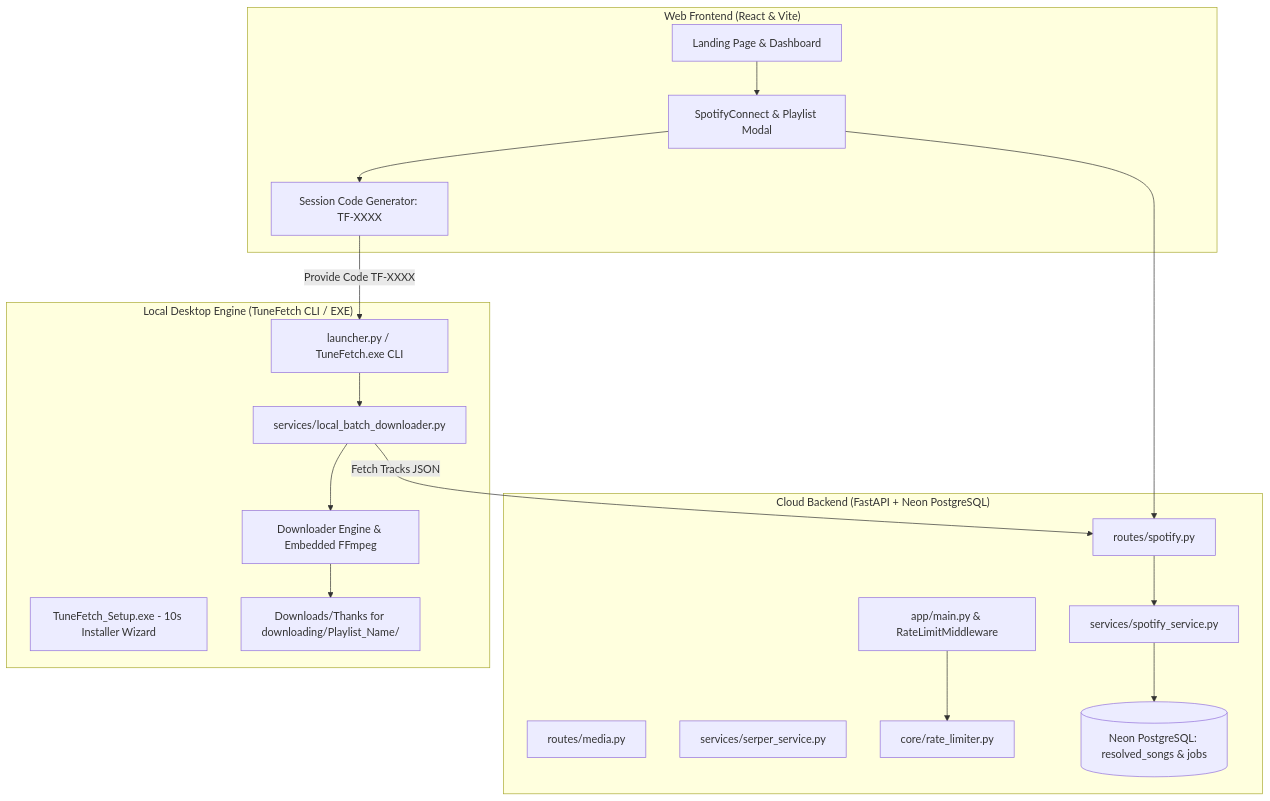
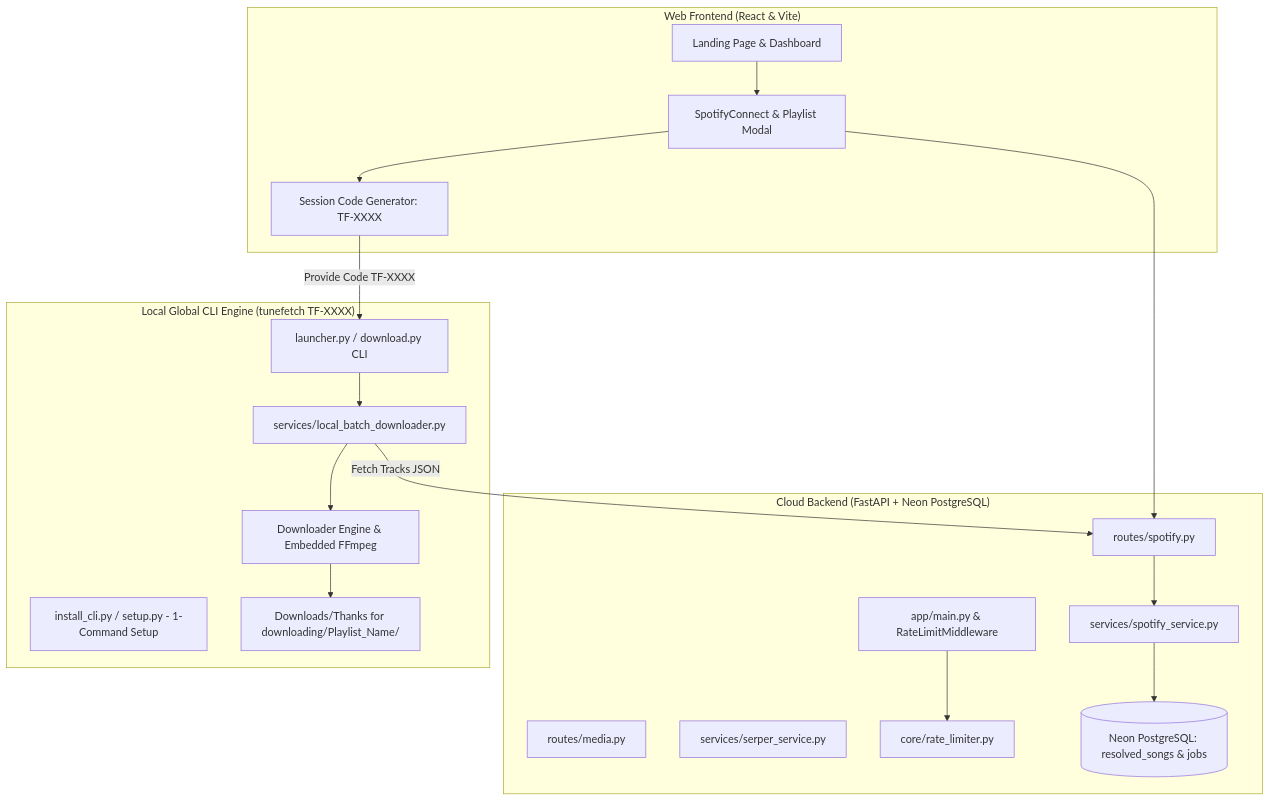
One commit to learnthusalearner/TuneFetch changed the first of 2 diagrams in README.md. Above: the diagram before and after it, drawn with Mermaid. The commit also changed other lines of this file, not shown here.

Commit message:
Update README with 1-command CLI setup (install_cli.py) and global tunefetch command workflow

````diff
--- a/README.md
+++ b/README.md
@@ -105,38 +104,38 @@
 ```mermaid
 graph TD
     subgraph Client ["Web Frontend (React & Vite)"]
         UI[Landing Page & Dashboard]
         SpotifyUI[SpotifyConnect & Playlist Modal]
         SessionGen[Session Code Generator: TF-XXXX]
     end
 
     subgraph CloudServer ["Cloud Backend (FastAPI + Neon PostgreSQL)"]
         Main[app/main.py & RateLimitMiddleware]
         RouterSpotify[routes/spotify.py]
         RouterMedia[routes/media.py]
         SpotifyService[services/spotify_service.py]
         SerperService[services/serper_service.py]
         RateLimiter[core/rate_limiter.py]
         NeonDB[(Neon PostgreSQL: resolved_songs & jobs)]
     end
 
-    subgraph DesktopApp ["Local Desktop Engine (TuneFetch CLI / EXE)"]
-        Installer[TuneFetch_Setup.exe - 10s Installer Wizard]
-        Launcher[launcher.py / TuneFetch.exe CLI]
+    subgraph DesktopApp ["Local Global CLI Engine (tunefetch TF-XXXX)"]
+        SetupScript[install_cli.py / setup.py - 1-Command Setup]
+        Launcher[launcher.py / download.py CLI]
         LocalDownloader[services/local_batch_downloader.py]
         YTDLP[Downloader Engine & Embedded FFmpeg]
         LocalFolder[Downloads/Thanks for downloading/Playlist_Name/]
     end
 
     UI --> SpotifyUI
     SpotifyUI --> RouterSpotify
     RouterSpotify --> SpotifyService
     SpotifyService --> NeonDB
     SpotifyUI --> SessionGen
     SessionGen -->|Provide Code TF-XXXX| Launcher
     Launcher --> LocalDownloader
     LocalDownloader -->|Fetch Tracks JSON| RouterSpotify
     LocalDownloader --> YTDLP
     YTDLP --> LocalFolder
     Main --> RateLimiter
 ```
````
